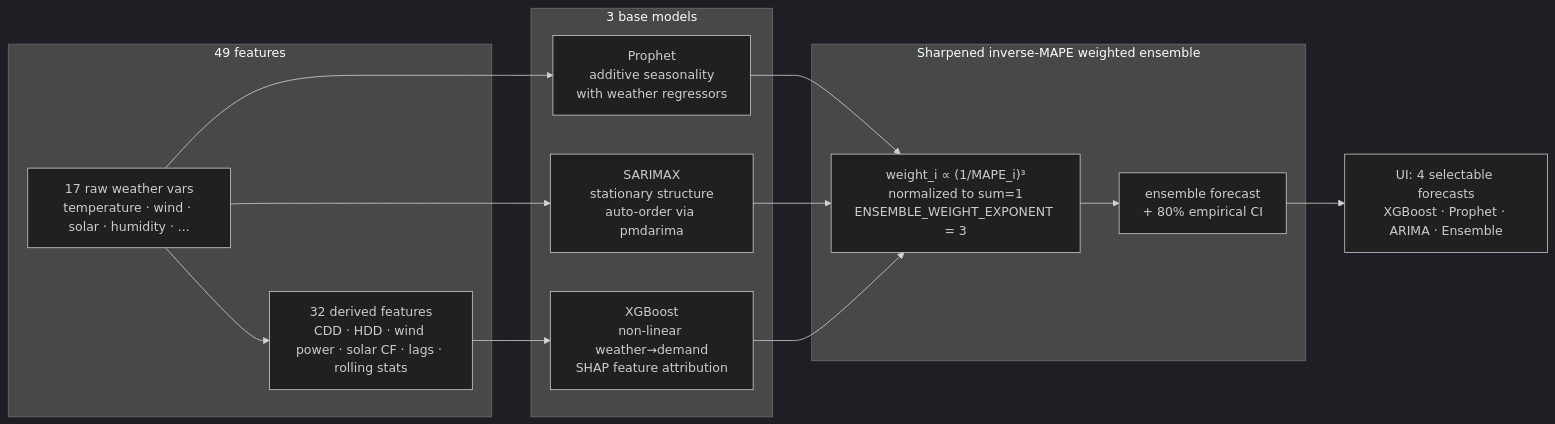
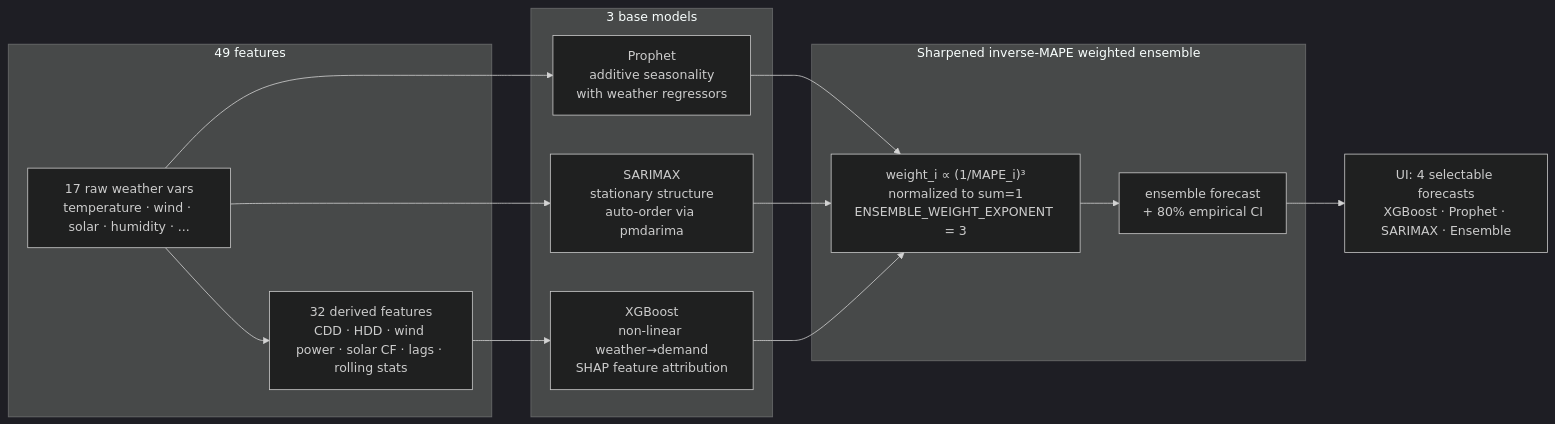
The fourth of 5 diagrams in docs/HOW_IT_WORKS.md (kristenmartino/gridpulse), drawn with Mermaid (dark theme) before and after one commit. The commit also changed other lines of this file and 11 other files, not shown here.

````diff
--- a/docs/HOW_IT_WORKS.md
+++ b/docs/HOW_IT_WORKS.md
@@ -140,29 +140,29 @@
 ```mermaid
 flowchart LR
     subgraph Input["49 features"]
         Raw[17 raw weather vars<br/>temperature · wind · solar · humidity · ...]
         Derived[32 derived features<br/>CDD · HDD · wind power · solar CF · lags · rolling stats]
     end
 
     subgraph Models["3 base models"]
         Prophet[Prophet<br/>additive seasonality<br/>with weather regressors]
         SARIMAX[SARIMAX<br/>stationary structure<br/>auto-order via pmdarima]
         XGB[XGBoost<br/>non-linear weather→demand<br/>SHAP feature attribution]
     end
 
     subgraph Ensemble["Sharpened inverse-MAPE weighted ensemble"]
         Weights["weight_i ∝ (1/MAPE_i)³<br/>normalized to sum=1<br/>ENSEMBLE_WEIGHT_EXPONENT = 3"]
         Combined[ensemble forecast<br/>+ 80% empirical CI]
     end
 
     Raw --> Derived
     Raw --> Prophet
     Raw --> SARIMAX
     Derived --> XGB
     Prophet --> Weights
     SARIMAX --> Weights
     XGB --> Weights
     Weights --> Combined
 
-    Combined --> UI[UI: 4 selectable forecasts<br/>XGBoost · Prophet · ARIMA · Ensemble]
+    Combined --> UI[UI: 4 selectable forecasts<br/>XGBoost · Prophet · SARIMAX · Ensemble]
 ```
````
